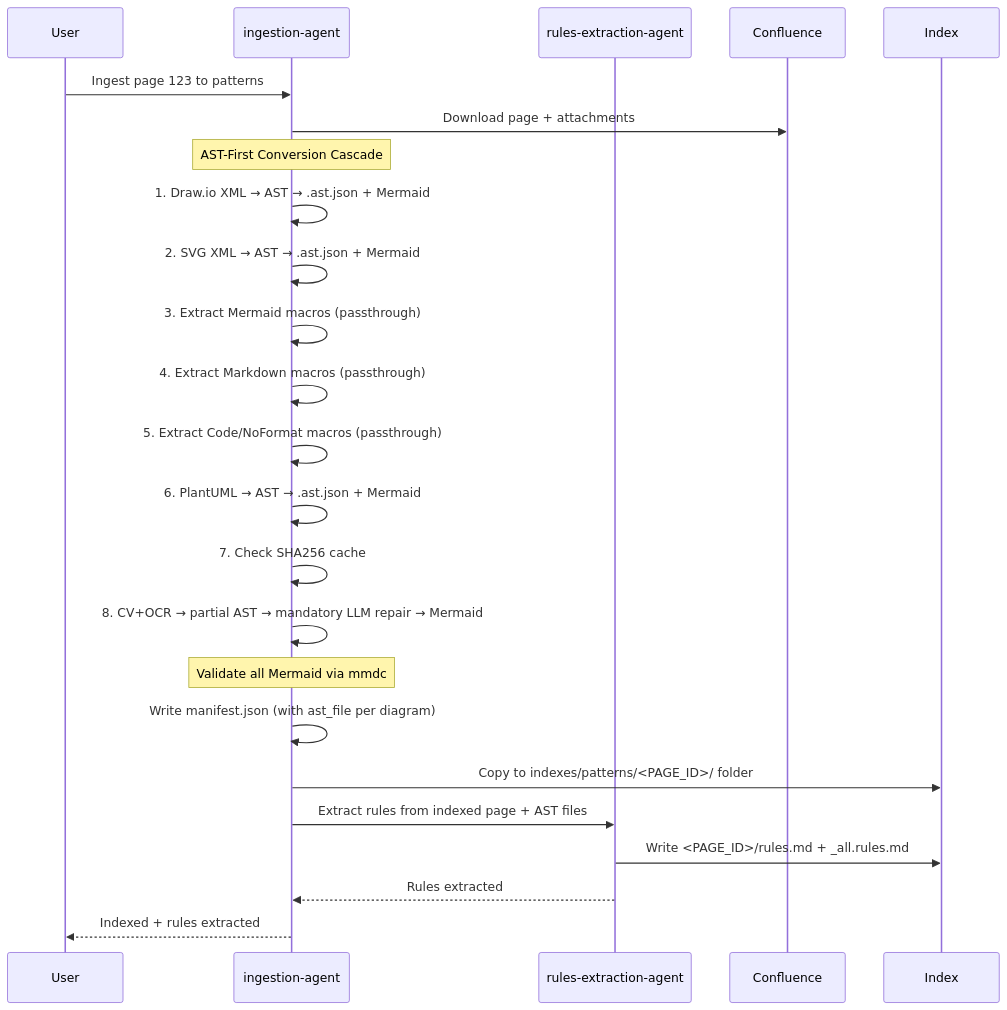
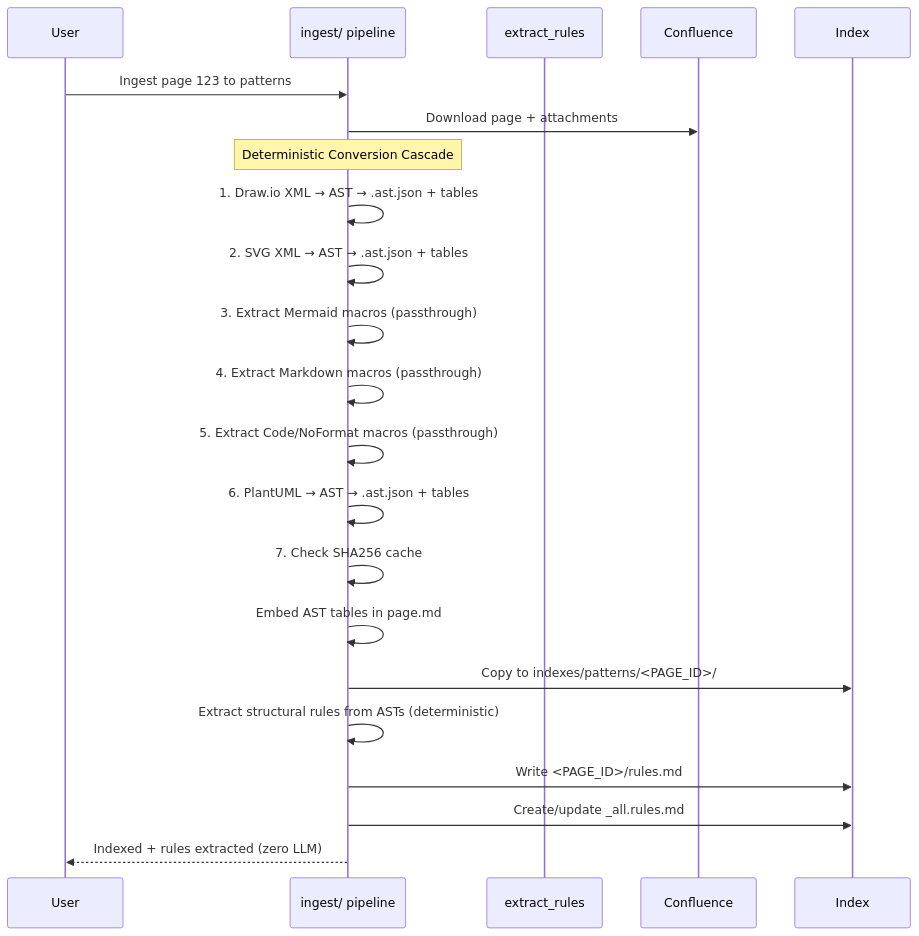
Before and after one commit to byrash/architecture-governance: the second of 5 diagrams in README.md, drawn with Mermaid. The commit also changed other lines of this file and 53 other files, not shown here.

````diff
--- a/README.md
+++ b/README.md
@@ -260,29 +245,27 @@
 ```mermaid
 sequenceDiagram
     participant User
-    participant IA as ingestion-agent
-    participant REA as rules-extraction-agent
+    participant IA as ingest/ pipeline
+    participant RE as extract_rules
     participant Confluence
     participant Index
 
     User->>IA: Ingest page 123 to patterns
     IA->>Confluence: Download page + attachments
 
-    Note over IA: AST-First Conversion Cascade
-    IA->>IA: 1. Draw.io XML → AST → .ast.json + Mermaid
-    IA->>IA: 2. SVG XML → AST → .ast.json + Mermaid
+    Note over IA: Deterministic Conversion Cascade
+    IA->>IA: 1. Draw.io XML → AST → .ast.json + tables
+    IA->>IA: 2. SVG XML → AST → .ast.json + tables
     IA->>IA: 3. Extract Mermaid macros (passthrough)
     IA->>IA: 4. Extract Markdown macros (passthrough)
     IA->>IA: 5. Extract Code/NoFormat macros (passthrough)
-    IA->>IA: 6. PlantUML → AST → .ast.json + Mermaid
+    IA->>IA: 6. PlantUML → AST → .ast.json + tables
     IA->>IA: 7. Check SHA256 cache
-    IA->>IA: 8. CV+OCR → partial AST → mandatory LLM repair → Mermaid
 
-    Note over IA: Validate all Mermaid via mmdc
-    IA->>IA: Write manifest.json (with ast_file per diagram)
-    IA->>Index: Copy to indexes/patterns/<PAGE_ID>/ folder
-    IA->>REA: Extract rules from indexed page + AST files
-    REA->>Index: Write <PAGE_ID>/rules.md + _all.rules.md
-    REA-->>IA: Rules extracted
-    IA-->>User: Indexed + rules extracted
+    IA->>IA: Embed AST tables in page.md
+    IA->>Index: Copy to indexes/patterns/<PAGE_ID>/
+    IA->>IA: Extract structural rules from ASTs (deterministic)
+    IA->>Index: Write <PAGE_ID>/rules.md
+    IA->>Index: Create/update _all.rules.md
+    IA-->>User: Indexed + rules extracted (zero LLM)
 ```
````
